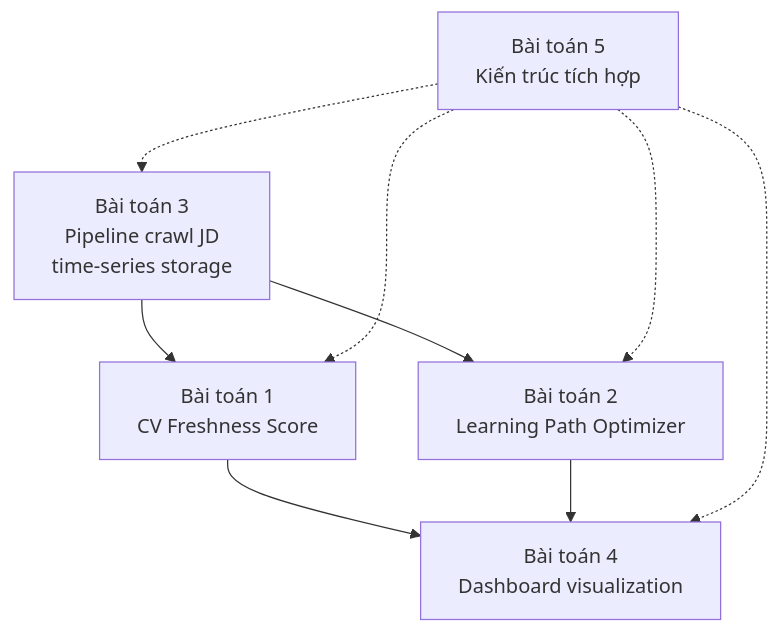
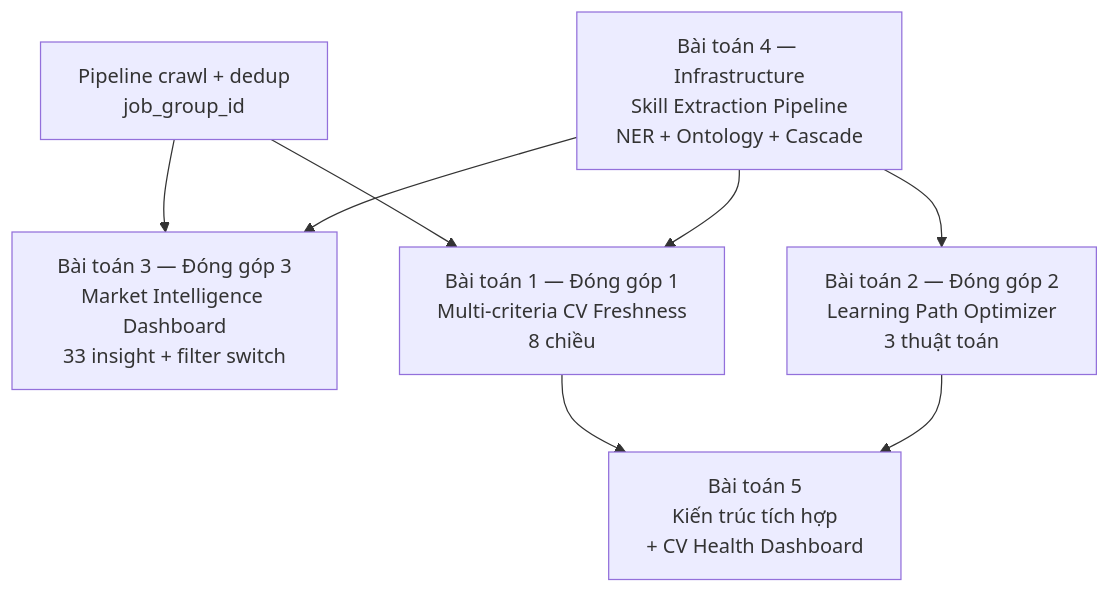
Before and after one commit to dungken/cv-assistant: the diagram in thesis_report/chuong3/3.1_phan_tich_yeu_cau.md, drawn with Mermaid. The commit also changed other lines of this file and 29 other files, not shown here.

Commit message:
refactor: update storage logic for description integrity and finalize thesis report sections on system architecture and design

````diff
--- a/thesis_report/chuong3/3.1_phan_tich_yeu_cau.md
+++ b/thesis_report/chuong3/3.1_phan_tich_yeu_cau.md
@@ -117,12 +129,12 @@
 ```mermaid
 flowchart TB
-    P3[Bài toán 3<br/>Pipeline crawl JD<br/>time-series storage] --> P1
-    P3 --> P2
-    P1[Bài toán 1<br/>CV Freshness Score] --> P4
-    P2[Bài toán 2<br/>Learning Path Optimizer] --> P4
-    P4[Bài toán 4<br/>Dashboard visualization]
-    P5[Bài toán 5<br/>Kiến trúc tích hợp] -.-> P1
-    P5 -.-> P2
-    P5 -.-> P3
-    P5 -.-> P4
+    Crawl[Pipeline crawl + dedup<br/>job_group_id] --> P3
+    Crawl --> P1
+    P4[Bài toán 4 — Infrastructure<br/>Skill Extraction Pipeline<br/>NER + Ontology + Cascade] --> P1
+    P4 --> P2
+    P4 --> P3
+    P1[Bài toán 1 — Đóng góp 1<br/>Multi-criteria CV Freshness<br/>8 chiều] --> P5
+    P2[Bài toán 2 — Đóng góp 2<br/>Learning Path Optimizer<br/>3 thuật toán] --> P5
+    P3[Bài toán 3 — Đóng góp 3<br/>Market Intelligence Dashboard<br/>33 insight + filter switch]
+    P5[Bài toán 5<br/>Kiến trúc tích hợp<br/>+ CV Health Dashboard]
 ```
````
